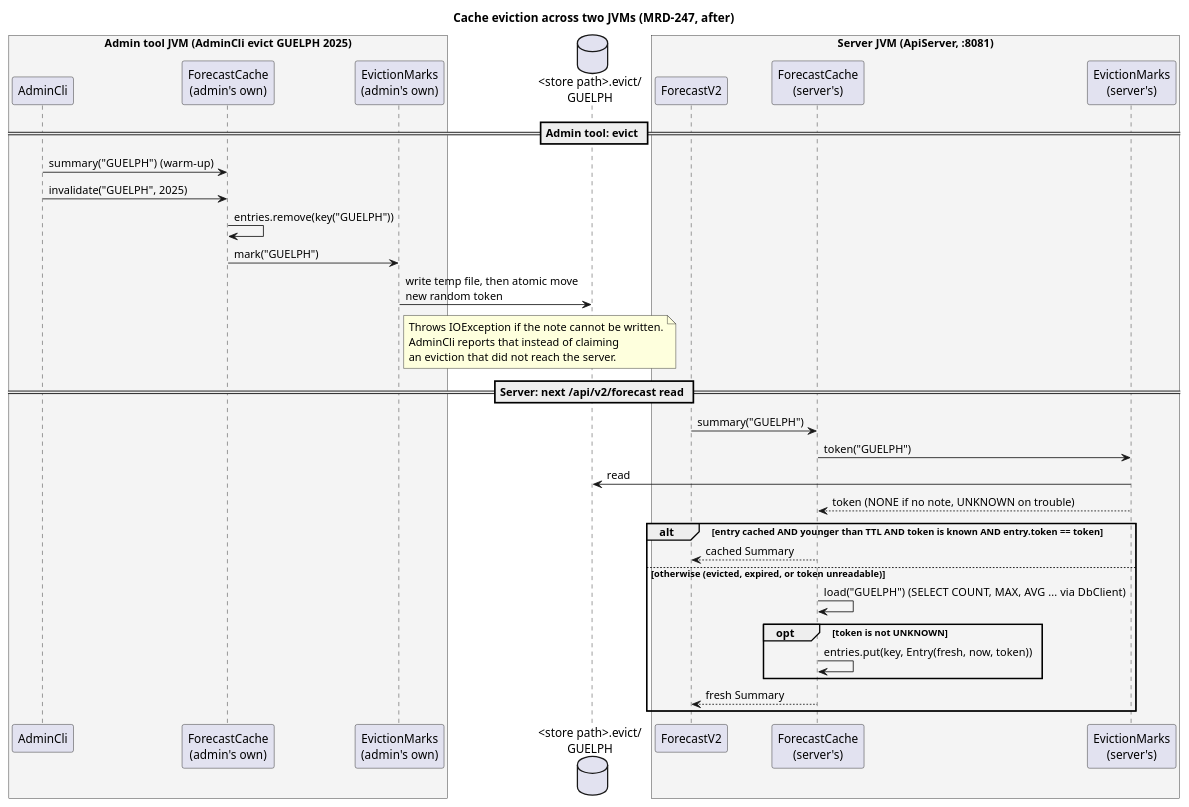
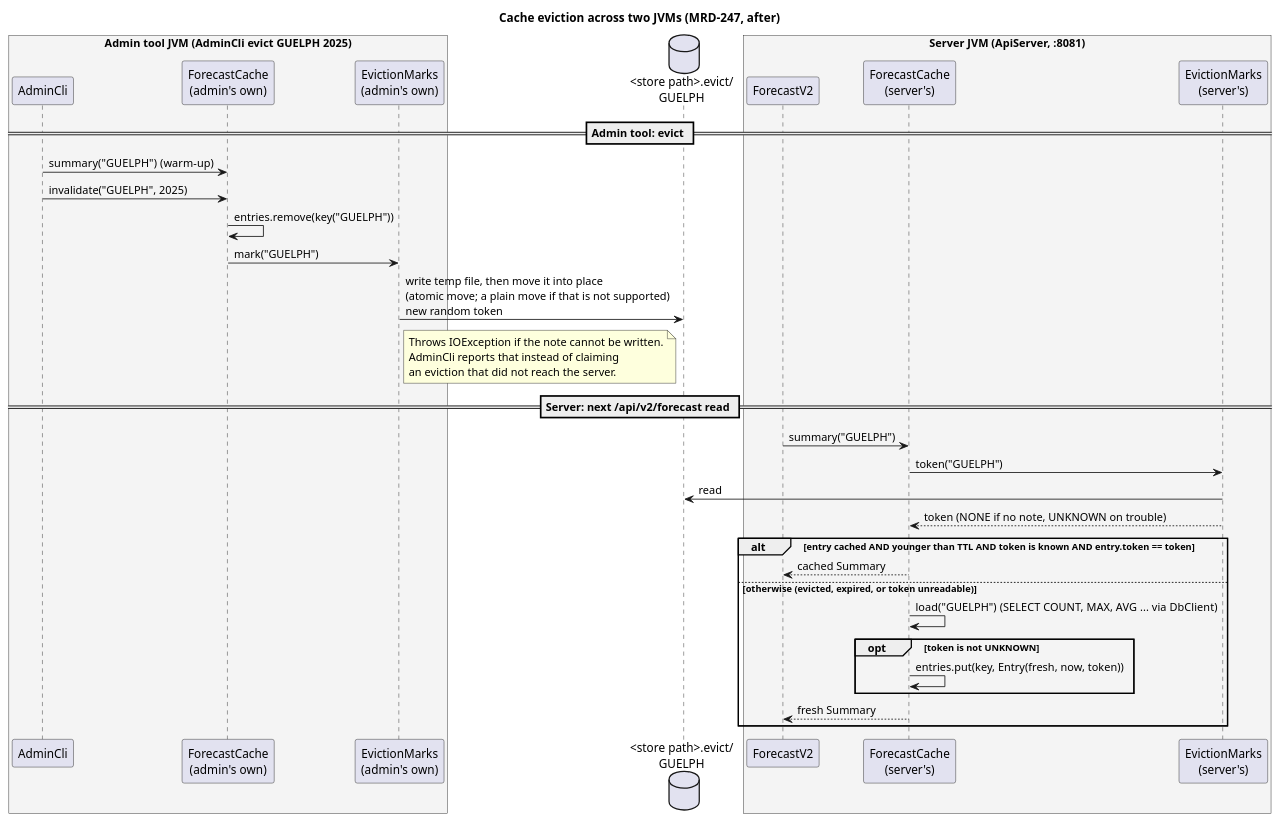
The diagram in services/docs/models/services-evict-sequence.puml (johnakinyemi-teaching/meridian-release), drawn with PlantUML before and after one commit. The commit also changed 6 other files, not shown here.

Commit message:
services docs: address review on #31 (answers that changed, temp-dir need, ForecastV2 package, move fallback)

```diff
--- a/services/docs/models/services-evict-sequence.puml
+++ b/services/docs/models/services-evict-sequence.puml
@@ -1,49 +1,49 @@
 @startuml services-evict-sequence
 ' How an eviction reaches the running server after MRD-247.
 ' Before the fix the admin tool's invalidate() removed a key that was never stored
 ' and, being a separate JVM, could not reach the server's cache at all.
 title Cache eviction across two JVMs (MRD-247, after)
 skinparam shadowing false
 skinparam sequenceMessageAlign left
 
 box "Admin tool JVM (AdminCli evict GUELPH 2025)" #F4F4F4
   participant AdminCli
   participant "ForecastCache\n(admin's own)" as AC
   participant "EvictionMarks\n(admin's own)" as AM
 end box
 
 database "<store path>.evict/\nGUELPH" as Notes
 
 box "Server JVM (ApiServer, :8081)" #F4F4F4
   participant ForecastV2
   participant "ForecastCache\n(server's)" as SC
   participant "EvictionMarks\n(server's)" as SM
 end box
 
 == Admin tool: evict ==
 AdminCli -> AC : summary("GUELPH")  (warm-up)
 AdminCli -> AC : invalidate("GUELPH", 2025)
 AC -> AC : entries.remove(key("GUELPH"))
 AC -> AM : mark("GUELPH")
-AM -> Notes : write temp file, then atomic move\nnew random token
+AM -> Notes : write temp file, then move it into place\n(atomic move; a plain move if that is not supported)\nnew random token
 note right of AM
   Throws IOException if the note cannot be written.
   AdminCli reports that instead of claiming
   an eviction that did not reach the server.
 end note
 
 == Server: next /api/v2/forecast read ==
 ForecastV2 -> SC : summary("GUELPH")
 SC -> SM : token("GUELPH")
 SM -> Notes : read
 SM --> SC : token (NONE if no note, UNKNOWN on trouble)
 alt entry cached AND younger than TTL AND token is known AND entry.token == token
   SC --> ForecastV2 : cached Summary
 else otherwise (evicted, expired, or token unreadable)
   SC -> SC : load("GUELPH")  (SELECT COUNT, MAX, AVG ... via DbClient)
   opt token is not UNKNOWN
     SC -> SC : entries.put(key, Entry(fresh, now, token))
   end
   SC --> ForecastV2 : fresh Summary
 end
 @enduml
```
